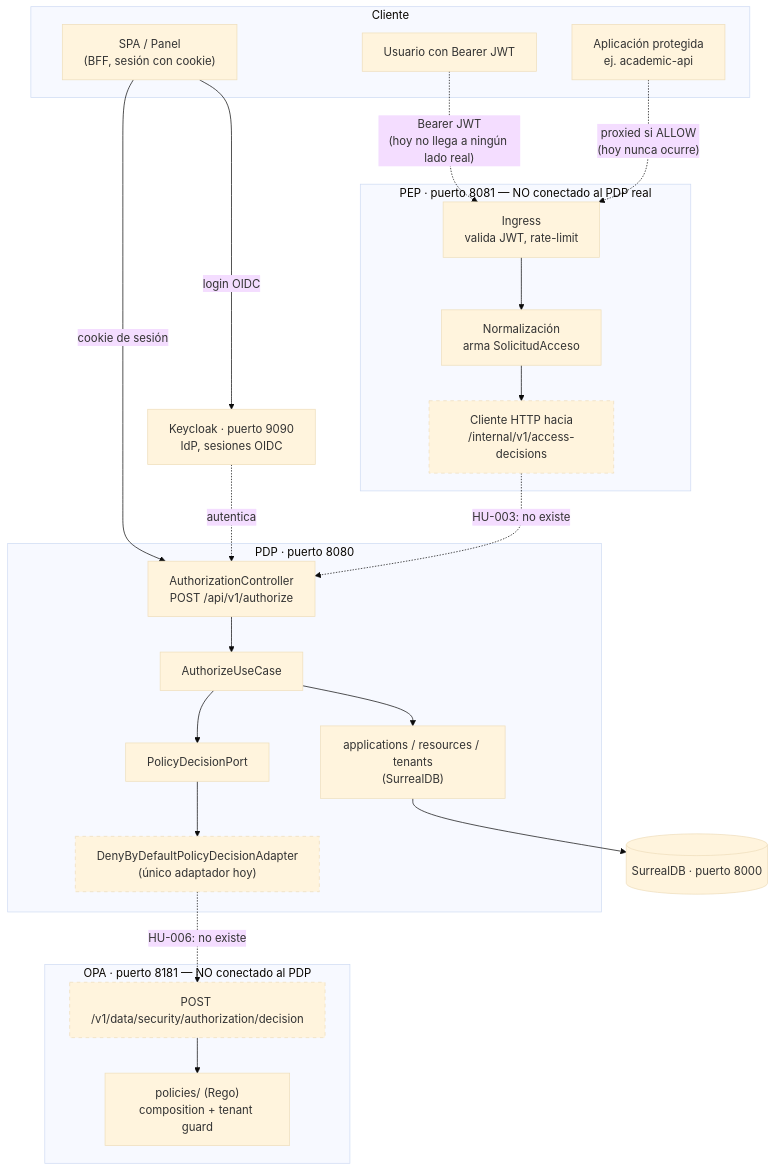
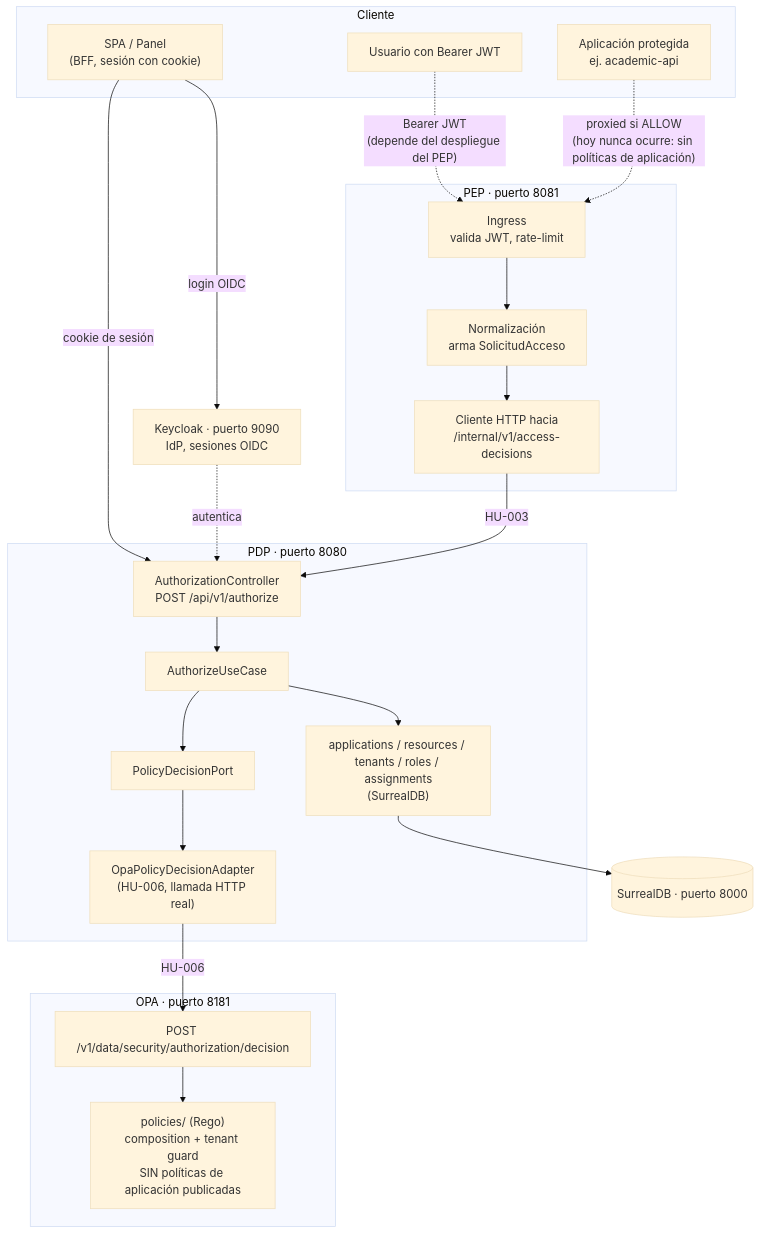
One commit to Seguridad-UCO/securityBaseline changed the first of 3 diagrams in docs/PLATAFORMA.md. Above: the diagram before and after it, drawn with Mermaid (base theme). The commit also changed other lines of this file and 23 other files, not shown here.

First line of the commit message:
feat(authorization): adaptador real de OPA sobre PolicyDecisionPort (HU-006)

````diff
--- a/docs/PLATAFORMA.md
+++ b/docs/PLATAFORMA.md
@@ -33,49 +33,45 @@
 ```mermaid
 flowchart TB
     subgraph Cliente
         SPA["SPA / Panel<br/>(BFF, sesión con cookie)"]
         APP["Aplicación protegida<br/>ej. academic-api"]
         USER["Usuario con Bearer JWT"]
     end
 
     subgraph PDP_BOX["PDP · puerto 8080"]
         AUTH["AuthorizationController<br/>POST /api/v1/authorize"]
         USECASE["AuthorizeUseCase"]
         PORT["PolicyDecisionPort"]
-        DENY["DenyByDefaultPolicyDecisionAdapter<br/>(único adaptador hoy)"]
-        CATALOGO["applications / resources / tenants<br/>(SurrealDB)"]
+        POLICY["OpaPolicyDecisionAdapter<br/>(HU-006, llamada HTTP real)"]
+        CATALOGO["applications / resources / tenants / roles / assignments<br/>(SurrealDB)"]
     end
 
-    subgraph PEP_BOX["PEP · puerto 8081 — NO conectado al PDP real"]
+    subgraph PEP_BOX["PEP · puerto 8081"]
         ING["Ingress<br/>valida JWT, rate-limit"]
         NORM["Normalización<br/>arma SolicitudAcceso"]
         CLIENT["Cliente HTTP hacia<br/>/internal/v1/access-decisions"]
     end
 
-    subgraph OPA_BOX["OPA · puerto 8181 — NO conectado al PDP"]
+    subgraph OPA_BOX["OPA · puerto 8181"]
         ENTRY["POST /v1/data/security/authorization/decision"]
-        POLICIES["policies/ (Rego)<br/>composition + tenant guard"]
+        POLICIES["policies/ (Rego)<br/>composition + tenant guard<br/>SIN políticas de aplicación publicadas"]
     end
 
     KC["Keycloak · puerto 9090<br/>IdP, sesiones OIDC"]
     DB[("SurrealDB · puerto 8000")]
 
     SPA -- "login OIDC" --> KC
     SPA -- "cookie de sesión" --> AUTH
-    AUTH --> USECASE --> PORT --> DENY
+    AUTH --> USECASE --> PORT --> POLICY
     USECASE --> CATALOGO
     CATALOGO --> DB
     KC -.autentica.-> AUTH
 
-    USER -.->|"Bearer JWT<br/>(hoy no llega a ningún lado real)"| ING
-    APP -.->|"proxied si ALLOW<br/>(hoy nunca ocurre)"| ING
+    USER -.->|"Bearer JWT<br/>(depende del despliegue del PEP)"| ING
+    APP -.->|"proxied si ALLOW<br/>(hoy nunca ocurre: sin políticas de aplicación)"| ING
     ING --> NORM --> CLIENT
-    CLIENT -.->|"HU-003: no existe"| AUTH
+    CLIENT -->|"HU-003"| AUTH
 
-    DENY -.->|"HU-006: no existe"| ENTRY
+    POLICY -->|"HU-006"| ENTRY
     ENTRY --> POLICIES
-
-    style CLIENT stroke-dasharray: 5 5
-    style DENY stroke-dasharray: 5 5
-    style ENTRY stroke-dasharray: 5 5
 ```
````
